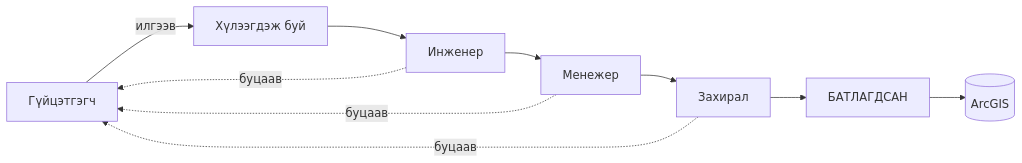
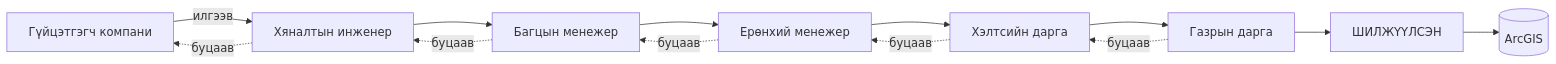
Before and after one commit to monmapgisteam-oss/Selbe_db: the second of 2 diagrams in docs/system/05-erh-batlah.md, drawn with Mermaid. The commit also changed other lines of this file and 67 other files, not shown here.

````diff
--- a/docs/system/05-erh-batlah.md
+++ b/docs/system/05-erh-batlah.md
@@ -81,12 +81,15 @@
 ```mermaid
 flowchart LR
-  G[Гүйцэтгэгч] -->|илгээв| W[Хүлээгдэж буй]
-  W --> E[Инженер]
-  E --> M[Менежер]
-  M --> D[Захирал]
-  D --> OK[БАТЛАГДСАН]
+  G[Гүйцэтгэгч компани] -->|илгээв| E[Хяналтын инженер]
+  E --> M[Багцын менежер]
+  M --> D[Ерөнхий менежер]
+  D --> H[Хэлтсийн дарга]
+  H --> C[Газрын дарга]
+  C --> OK[ШИЛЖҮҮЛСЭН]
   OK --> A[(ArcGIS)]
   E -.буцаав.-> G
-  M -.буцаав.-> G
-  D -.буцаав.-> G
+  M -.буцаав.-> E
+  D -.буцаав.-> M
+  H -.буцаав.-> D
+  C -.буцаав.-> H
 ```
````
